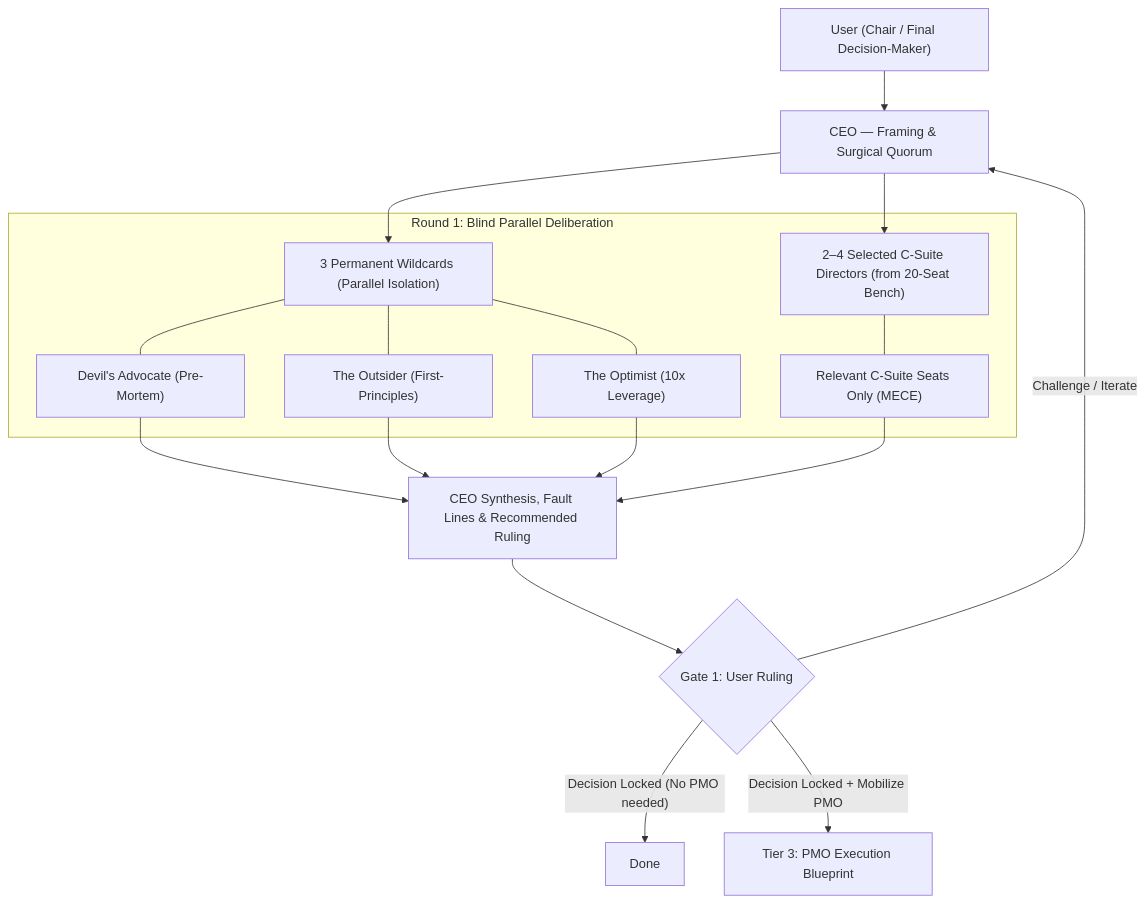
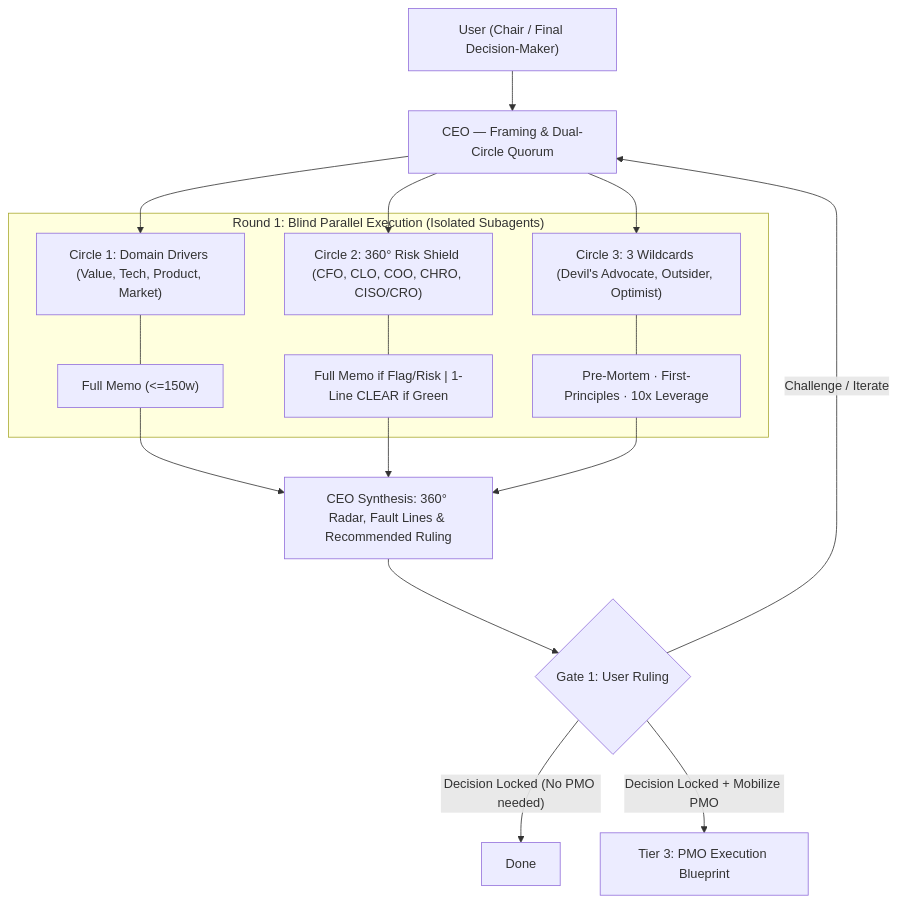
One commit to Foch1974/ExCom changed the diagram in README.md. Above: the diagram before and after it, drawn with Mermaid. The commit also changed other lines of this file and 4 other files, not shown here.

Commit message:
feat(quorum): replace 2-4 cap with Dual-Circle quorum + 360 Risk Shield & CLEAR sign-off

````diff
--- a/README.md
+++ b/README.md
@@ -31,19 +34,19 @@
 ```mermaid
 flowchart TD
-    U["User (Chair / Final Decision-Maker)"] --> CEO["CEO — Framing & Surgical Quorum"]
-    CEO --> W["3 Permanent Wildcards (Parallel Isolation)"]
-    CEO --> C["2–4 Selected C-Suite Directors (from 20-Seat Bench)"]
+    U["User (Chair / Final Decision-Maker)"] --> CEO["CEO — Framing & Dual-Circle Quorum"]
+    CEO --> C1["Circle 1: Domain Drivers (Value, Tech, Product, Market)"]
+    CEO --> C2["Circle 2: 360° Risk Shield (CFO, CLO, COO, CHRO, CISO/CRO)"]
+    CEO --> C3["Circle 3: 3 Wildcards (Devil's Advocate, Outsider, Optimist)"]
 
-    subgraph Blind_Round_1 ["Round 1: Blind Parallel Deliberation"]
-        W --- D1["Devil's Advocate (Pre-Mortem)"]
-        W --- D2["The Outsider (First-Principles)"]
-        W --- D3["The Optimist (10x Leverage)"]
-        C --- CS["Relevant C-Suite Seats Only (MECE)"]
+    subgraph Blind_Round_1 ["Round 1: Blind Parallel Execution (Isolated Subagents)"]
+        C1 --- DD["Full Memo (<=150w)"]
+        C2 --- RS["Full Memo if Flag/Risk | 1-Line CLEAR if Green"]
+        C3 --- WC["Pre-Mortem · First-Principles · 10x Leverage"]
     end
 
-    D1 & D2 & D3 & CS --> ARB["CEO Synthesis, Fault Lines & Recommended Ruling"]
+    DD & RS & WC --> ARB["CEO Synthesis: 360° Radar, Fault Lines & Recommended Ruling"]
     ARB --> GATE1{"Gate 1: User Ruling"}
     GATE1 -- "Challenge / Iterate" --> CEO
     GATE1 -- "Decision Locked (No PMO needed)" --> DONE["Done"]
     GATE1 -- "Decision Locked + Mobilize PMO" --> PMO["Tier 3: PMO Execution Blueprint"]
 ```
````
